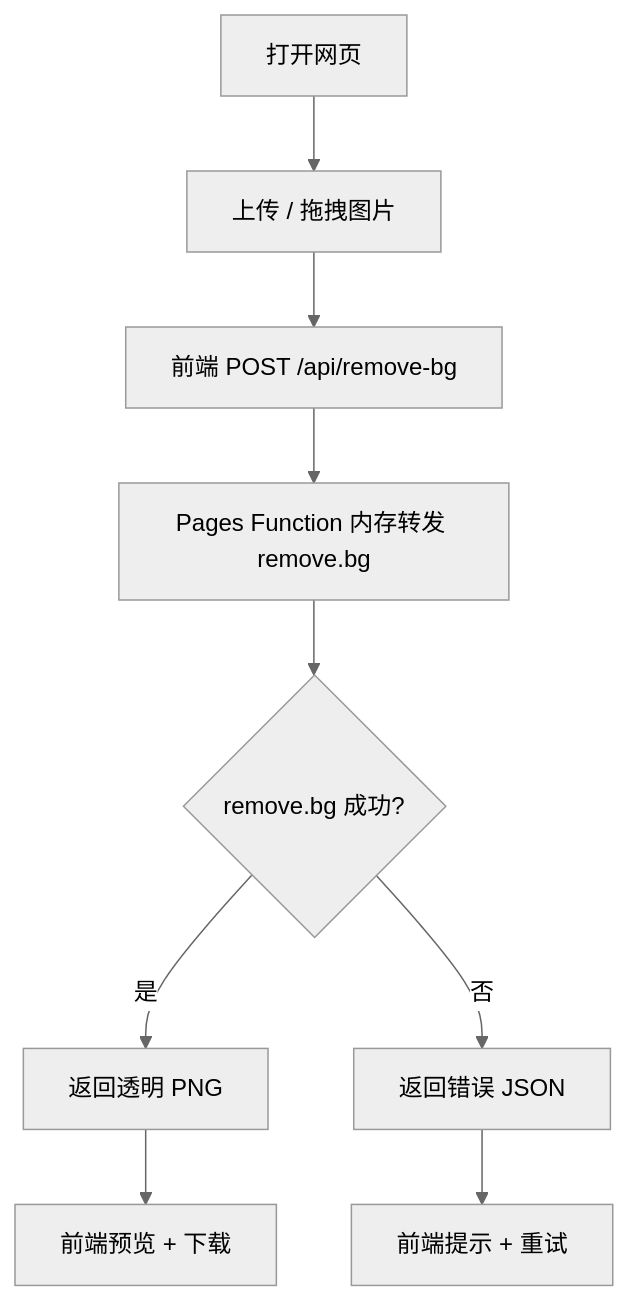
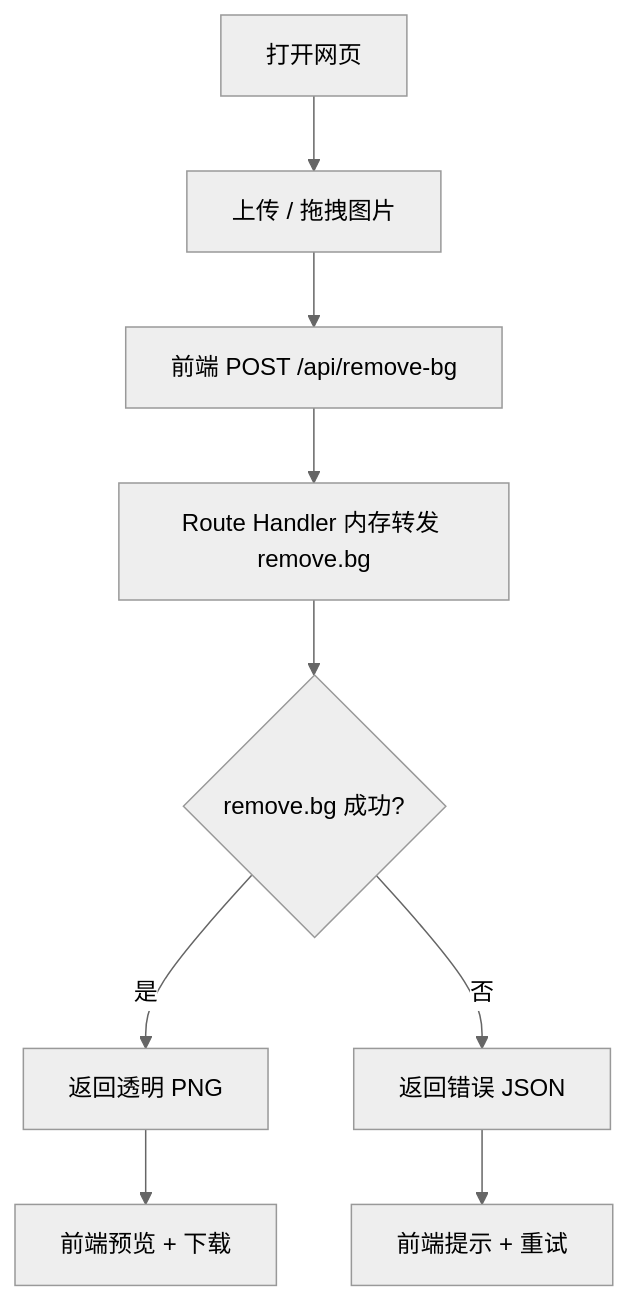
One commit to nchengc/image-background-remover changed the diagram in docs/MVP_requirements.md. Above: the diagram before and after it, drawn with Mermaid (neutral theme). The commit also changed other lines of this file and 30 other files, not shown here.

Commit message:
feat: rewrite MVP with Next.js 14 + Tailwind (remove.bg proxy via Route Handler)

````diff
--- a/docs/MVP_requirements.md
+++ b/docs/MVP_requirements.md
@@ -40,11 +40,11 @@
 ```mermaid
 flowchart TD
   A[打开网页] --> B[上传 / 拖拽图片]
   B --> C[前端 POST /api/remove-bg]
-  C --> D[Pages Function 内存转发 remove.bg]
+  C --> D[Route Handler 内存转发 remove.bg]
   D --> E{remove.bg 成功?}
   E -->|是| F[返回透明 PNG]
   E -->|否| G[返回错误 JSON]
   F --> H[前端预览 + 下载]
   G --> I[前端提示 + 重试]
 ```
````
